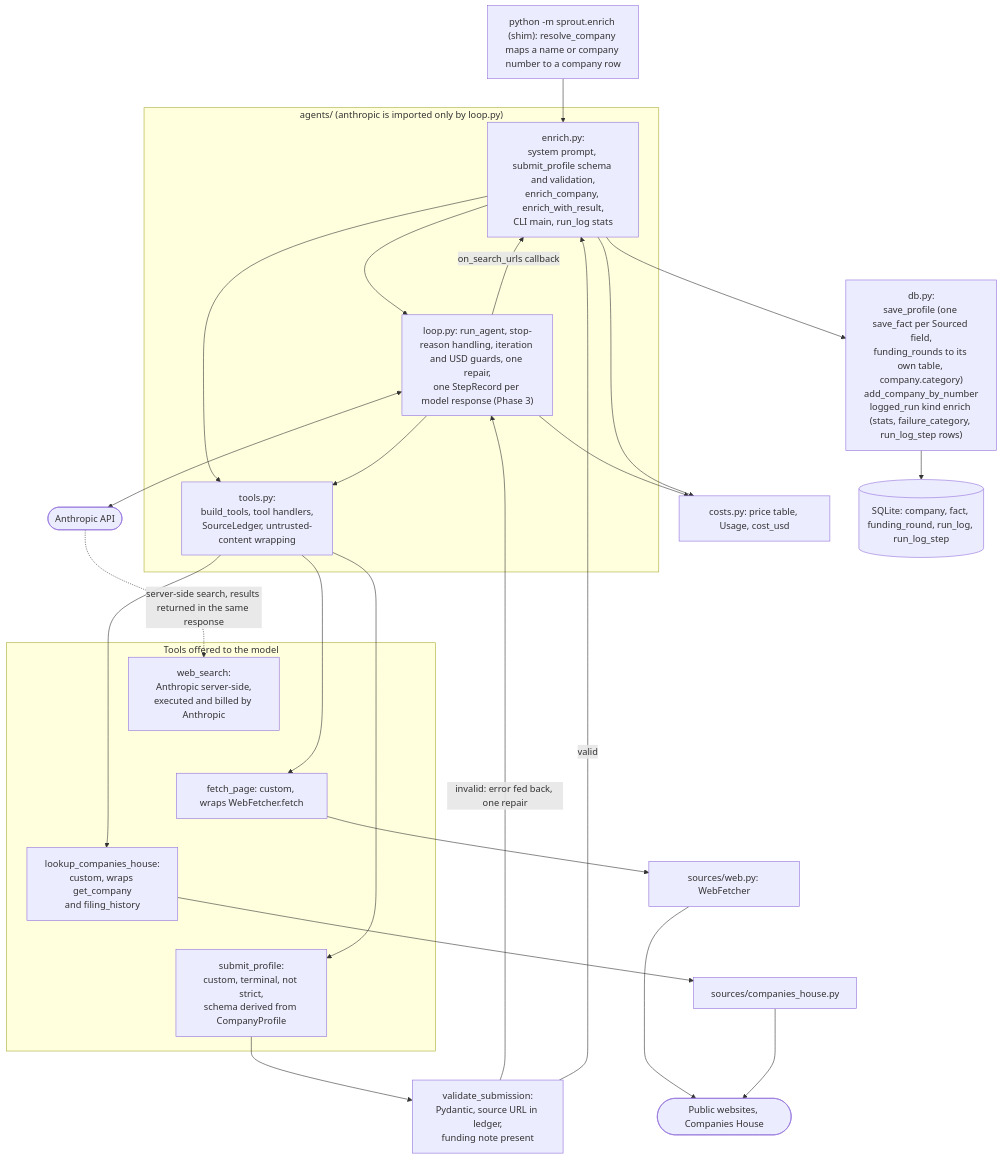
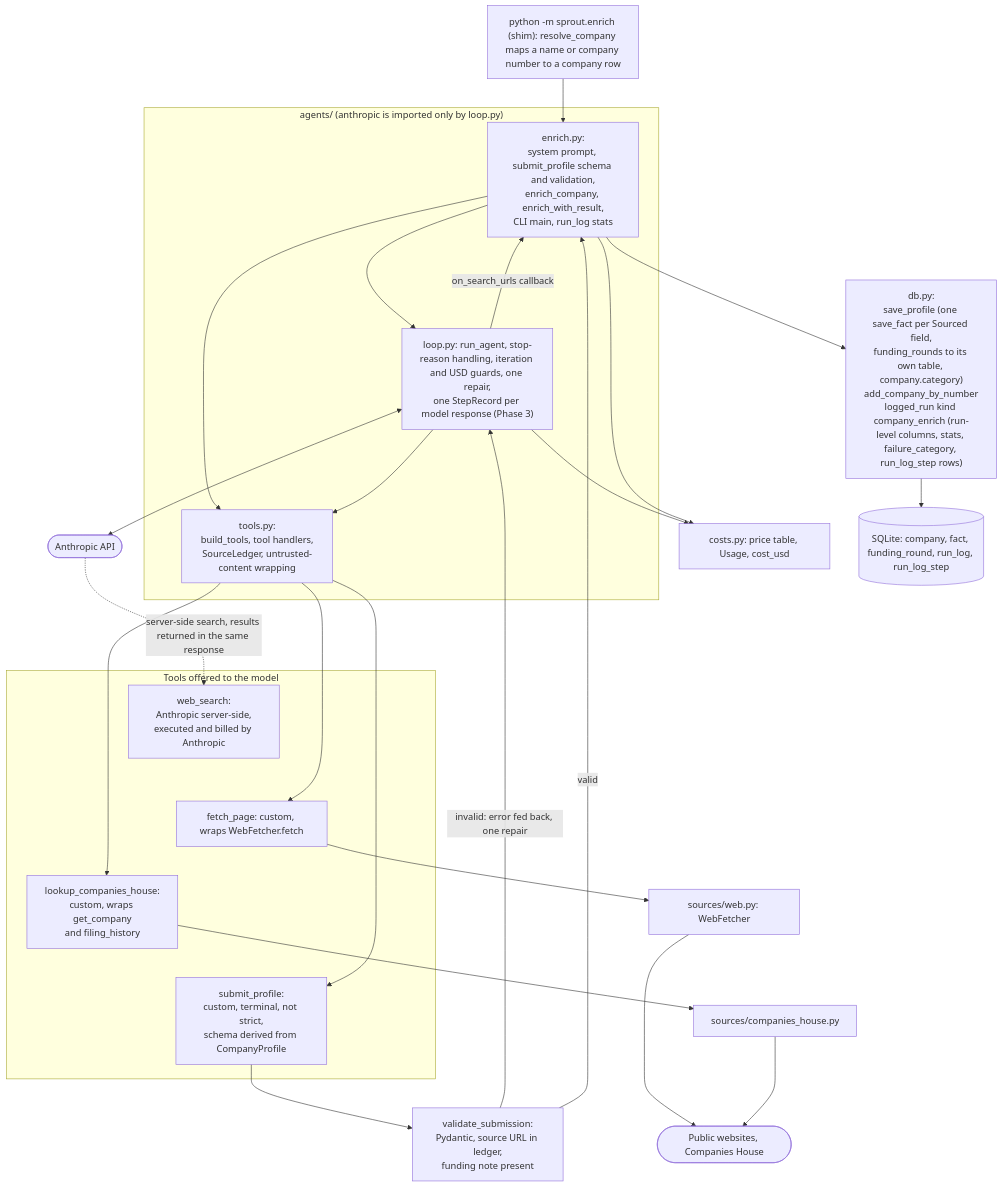
Before and after one commit to Farzaanee/sprout: the first of 2 diagrams in docs/architecture/phases/phase-2-enrichment.md, drawn with Mermaid. The commit also changed other lines of this file and 16 other files, not shown here.

Commit message:
add new columns in run_log table

````diff
--- a/docs/architecture/phases/phase-2-enrichment.md
+++ b/docs/architecture/phases/phase-2-enrichment.md
@@ -5,48 +5,48 @@
 ```mermaid
 flowchart TB
     CLI["python -m sprout.enrich (shim): resolve_company maps a name or company number to a company row"]
     subgraph AGENT["agents/ (anthropic is imported only by loop.py)"]
         ENR["enrich.py:<br/>system prompt, submit_profile schema and validation,<br/>enrich_company, enrich_with_result,<br/>CLI main, run_log stats"]
         LOOP["loop.py: run_agent, stop-reason handling, iteration and USD guards, one repair,<br/>one StepRecord per model response (Phase 3)"]
         TOOLS["tools.py:<br/>build_tools, tool handlers,<br/>SourceLedger, untrusted-content wrapping"]
     end
     subgraph TOOLSET["Tools offered to the model"]
         T1["web_search:<br/>Anthropic server-side,<br/>executed and billed by Anthropic"]
         T2["fetch_page: custom, wraps WebFetcher.fetch"]
         T3["lookup_companies_house:<br/>custom, wraps get_company<br/>and filing_history"]
         T4["submit_profile:<br/>custom, terminal, not strict,<br/>schema derived from CompanyProfile"]
     end
     LLM(["Anthropic API"])
     COST["costs.py: price table, Usage, cost_usd"]
     CHECK["validate_submission:<br/>Pydantic, source URL in ledger,<br/>funding note present"]
-    DBW["db.py:<br/>save_profile (one save_fact per Sourced field,<br/>funding_rounds to its own table, company.category)<br/>add_company_by_number<br/>logged_run kind enrich (stats, failure_category, run_log_step rows)"]
+    DBW["db.py:<br/>save_profile (one save_fact per Sourced field,<br/>funding_rounds to its own table, company.category)<br/>add_company_by_number<br/>logged_run kind company_enrich (run-level columns, stats, failure_category, run_log_step rows)"]
     SQL[("SQLite: company, fact, funding_round, run_log, run_log_step")]
     WF["sources/web.py: WebFetcher"]
     CHC["sources/companies_house.py"]
     SRCX(["Public websites, Companies House"])
     T1 ~~~ T2
     T2 ~~~ T3
     T3 ~~~ T4
     WF ~~~ CHC
     CLI --> ENR
     ENR --> LOOP
     ENR --> TOOLS
     LOOP <--> LLM
     LOOP --> TOOLS
     TOOLS --> T2
     TOOLS --> T3
     TOOLS --> T4
     LLM -. "server-side search, results returned in the same response" .-> T1
     T2 --> WF
     T3 --> CHC
     WF --> SRCX
     CHC --> SRCX
     T4 --> CHECK
     CHECK -- "invalid: error fed back, one repair" --> LOOP
     CHECK -- "valid" --> ENR
     ENR --> DBW
     DBW --> SQL
     LOOP --> COST
     ENR --> COST
     LOOP -- "on_search_urls callback" --> ENR
 ```
````
